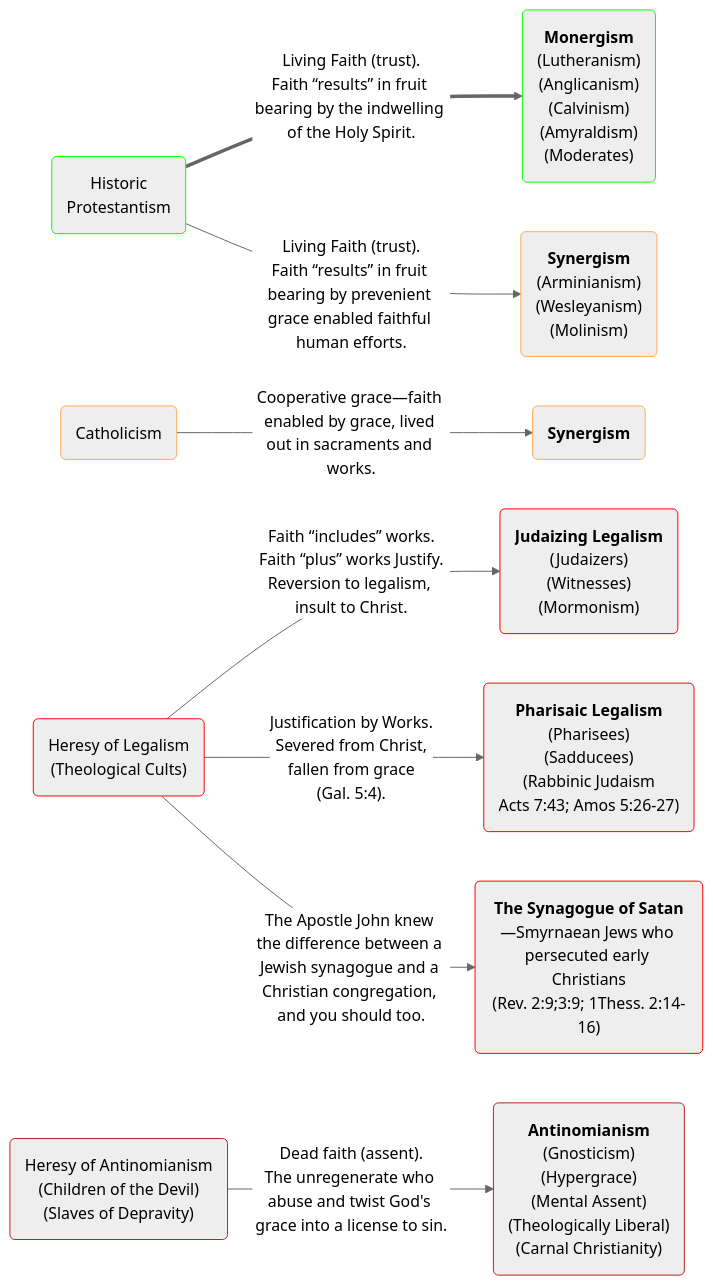
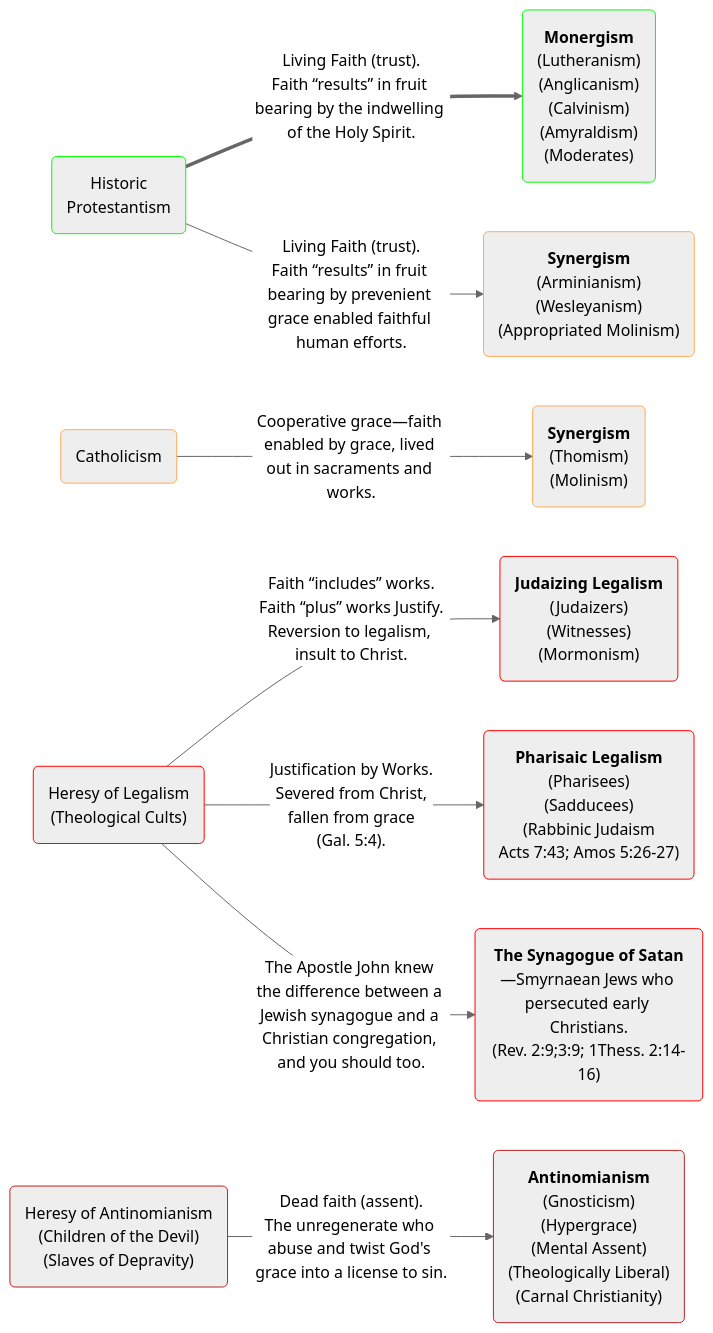
Before and after one commit to OrdoLuminis/ordoluminis.github.io: the first of 2 diagrams in _posts/2025-08-03-historic-protestant-position.markdown, drawn with Mermaid (neutral theme). The commit also changed other lines of this file, not shown here.

Commit message:
catholic update

````diff
--- a/_posts/2025-08-03-historic-protestant-position.markdown
+++ b/_posts/2025-08-03-historic-protestant-position.markdown
@@ -55,21 +55,21 @@
 ```mermaid
 flowchart LR
     A(Historic<br>Protestantism):::green
     B(Catholicism):::orange
     C(Heresy of Legalism<br>&lpar;Theological Cults&rpar;):::red
     D(Heresy of Antinomianism<br>&lpar;Children of the Devil&rpar;<br>&lpar;Slaves of Depravity&rpar;):::firebrick
     A ==>|Living Faith &lpar;trust&rpar;.<br>Faith &ldquo;results&rdquo; in fruit bearing by the indwelling of the Holy Spirit.| G(<strong>Monergism</strong><br>&lpar;Lutheranism&rpar;<br>&lpar;Anglicanism&rpar;<br>&lpar;Calvinism&rpar;<br>&lpar;Amyraldism&rpar;<br>&lpar;Moderates&rpar;):::green
-    A -->|Living Faith &lpar;trust&rpar;.<br>Faith &ldquo;results&rdquo; in fruit bearing by prevenient grace enabled faithful human efforts.| H(<strong>Synergism</strong><br>&lpar;Arminianism&rpar;<br>&lpar;Wesleyanism&rpar;<br>&lpar;Molinism&rpar;):::orange
-    B -->|Cooperative grace&mdash;faith enabled by grace, lived out in sacraments and works.| I(<strong>Synergism</strong>):::orange
+    A -->|Living Faith &lpar;trust&rpar;.<br>Faith &ldquo;results&rdquo; in fruit bearing by prevenient grace enabled faithful human efforts.| H(<strong>Synergism</strong><br>&lpar;Arminianism&rpar;<br>&lpar;Wesleyanism&rpar;<br>&lpar;Appropriated Molinism&rpar;):::orange
+    B -->|Cooperative grace&mdash;faith enabled by grace, lived out in sacraments and works.| I(<strong>Synergism</strong><br>&lpar;Thomism&rpar;<br>&lpar;Molinism&rpar;):::orange
     C -->|Faith &ldquo;includes&rdquo; works.<br>Faith &ldquo;plus&rdquo; works Justify.<br>Reversion to legalism, insult to Christ.| J(<strong>Judaizing Legalism</strong><br>&lpar;Judaizers&rpar;<br>&lpar;Witnesses&rpar;<br>&lpar;Mormonism&rpar;):::red
     C -->|Justification by Works.<br>Severed from Christ,<br>fallen from grace<br>&lpar;Gal. 5:4&rpar;.| K(<strong>Pharisaic Legalism</strong><br>&lpar;Pharisees&rpar;<br>&lpar;Sadducees&rpar;<br>&lpar;Rabbinic Judaism<br>Acts 7:43; Amos 5:26-27&rpar;):::red
-    C -->|The Apostle John knew the difference between a Jewish synagogue and a Christian congregation, and you should too.| M(<strong>The Synagogue of Satan</strong>—Smyrnaean Jews who persecuted early Christians<br>&lpar;Rev. 2:9;3:9; 1Thess. 2:14-16&rpar;):::red
+    C -->|The Apostle John knew the difference between a Jewish synagogue and a Christian congregation, and you should too.| M(<strong>The Synagogue of Satan</strong>—Smyrnaean Jews who persecuted early Christians.<br>&lpar;Rev. 2:9;3:9; 1Thess. 2:14-16&rpar;):::red
     D -->|Dead faith &lpar;assent&rpar;.<br>The unregenerate who abuse and twist God's grace into a license to sin.| L(<strong>Antinomianism</strong><br>&lpar;Gnosticism&rpar;<br>&lpar;Hypergrace&rpar;<br>&lpar;Mental Assent&rpar;<br>&lpar;Theologically Liberal&rpar;<br>&lpar;Carnal Christianity&rpar;):::firebrick
     classDef red stroke:#f00
     classDef green stroke:#0f0
     classDef lightgreen stroke:#Bf0
     classDef orange stroke:#fa5
     classDef firebrick stroke:#b22
     classDef darkred stroke:#8B0000
     classDef darkerred stroke:#701705
 ```
````
